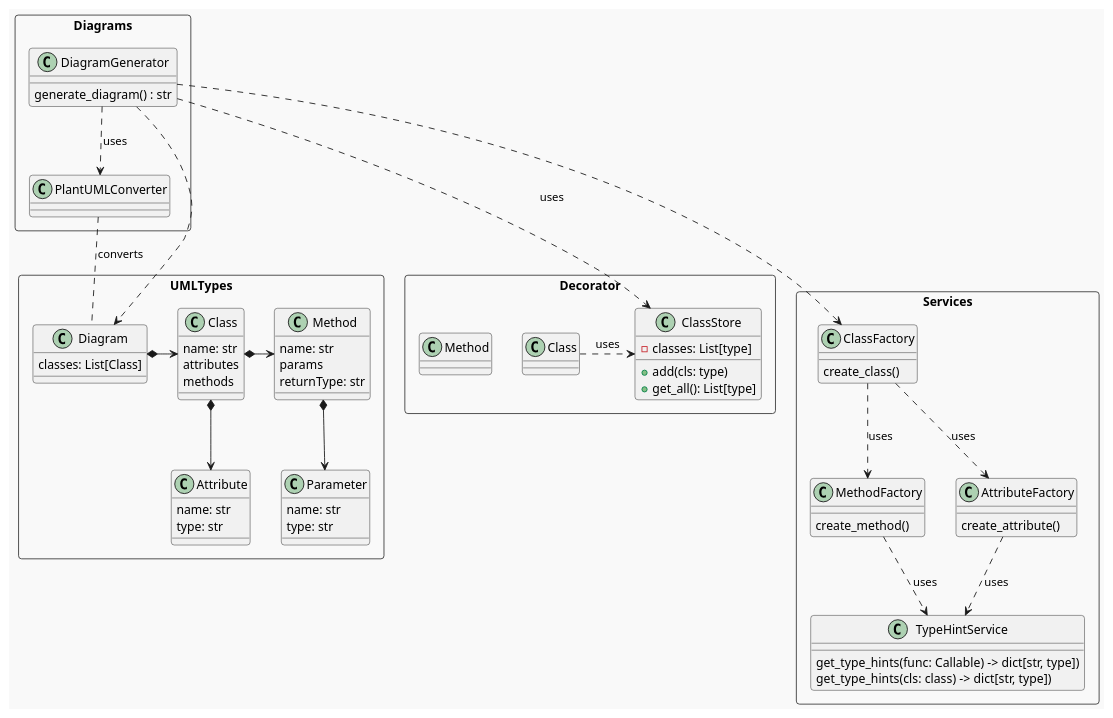
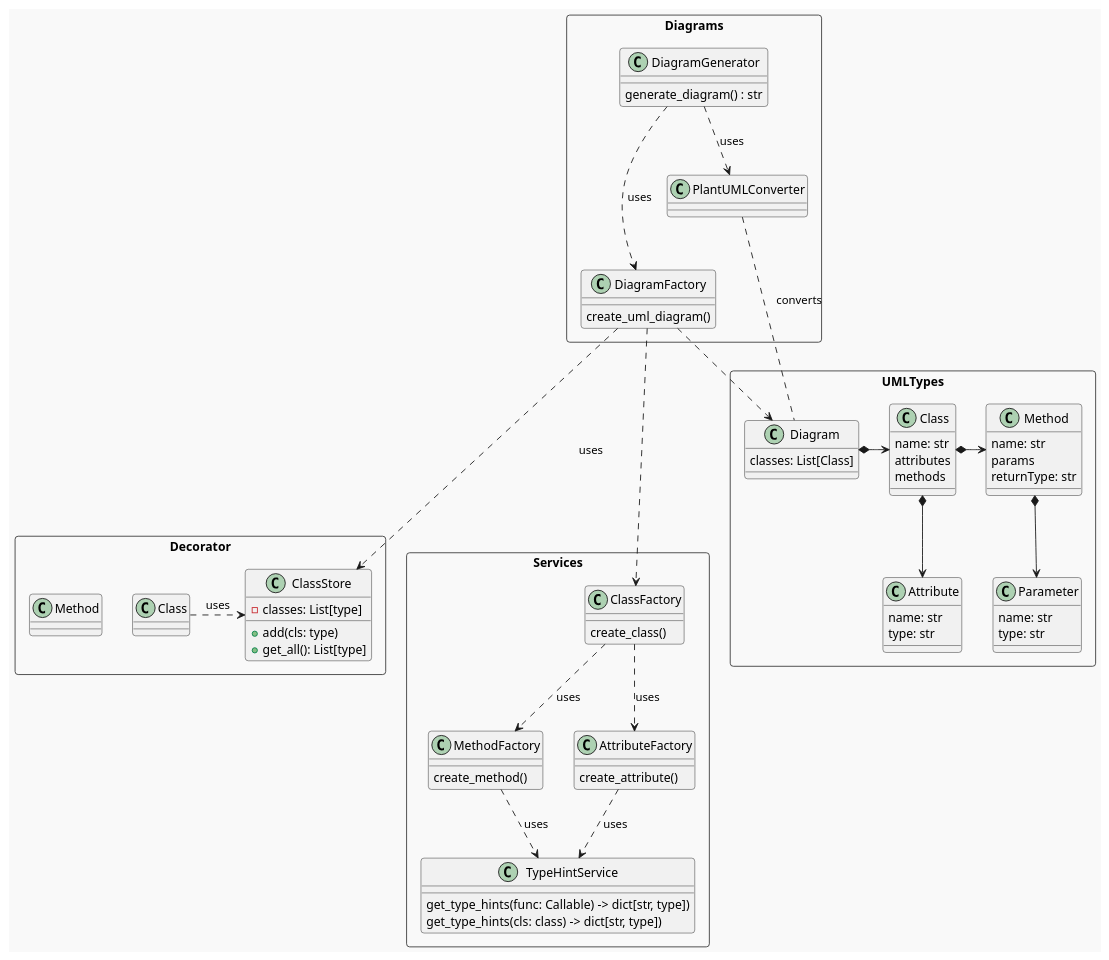
The diagram in python-lib/docs/pdgen-simple-class.puml (Softoft/pdgen), drawn with PlantUML before and after one commit. The commit also changed 4 other files, not shown here.

Commit message:
changed architecture to include a UMLDiagramService

```diff
--- a/python-lib/docs/pdgen-simple-class.puml
+++ b/python-lib/docs/pdgen-simple-class.puml
@@ -1,94 +1,99 @@
 @startuml
 !theme mars
 
 rectangle UMLTypes {
     class Diagram{
         classes: List[Class]
     }
 
     class Class{
         name: str
         attributes
         methods
     }
     class Method{
         name: str
         params
         returnType: str
     }
 
     class Attribute{
         name: str
         type: str
     }
 
     class Parameter{
         name: str
         type: str
     }
 
 
     Class *-down-> Attribute
     Class *-> Method
     Method *-down-> Parameter
     Method -[hidden]right- Attribute
 
 
     Diagram *-> Class
 }
 
 rectangle Decorator {
     class Method{
     }
     class Class{
     }
     class ClassStore {
         - classes: List[type]
         + add(cls: type)
         + get_all(): List[type]
     }
 }
 
 
 Decorator.Class .> ClassStore: uses
 
 rectangle Services {
     class TypeHintService{
         get_type_hints(func: Callable) -> dict[str, type])
         get_type_hints(cls: class) -> dict[str, type])
     }
 
     class MethodFactory{
         create_method()
     }
 
     class AttributeFactory{
         create_attribute()
     }
 
     class ClassFactory{
         create_class()
     }
 
     ClassFactory ..> MethodFactory: uses
     ClassFactory ..> AttributeFactory: uses
 
     MethodFactory ..> TypeHintService: uses
     AttributeFactory ..> TypeHintService: uses
 }
 
 rectangle Diagrams{
     class DiagramGenerator {
         generate_diagram() : str
     }
 
     class PlantUMLConverter{
     }
+
+    class DiagramFactory{
+        create_uml_diagram()
+    }
+    DiagramGenerator ...> DiagramFactory: uses
 }
 
-DiagramGenerator ...> ClassFactory
-DiagramGenerator ...> ClassStore: uses
-DiagramGenerator ..> UMLTypes.Diagram
+DiagramFactory ...> ClassFactory
+DiagramFactory ...> ClassStore: uses
+DiagramFactory ..> UMLTypes.Diagram
 PlantUMLConverter .. UMLTypes.Diagram: converts
 DiagramGenerator ..> PlantUMLConverter: uses
 @enduml
```
